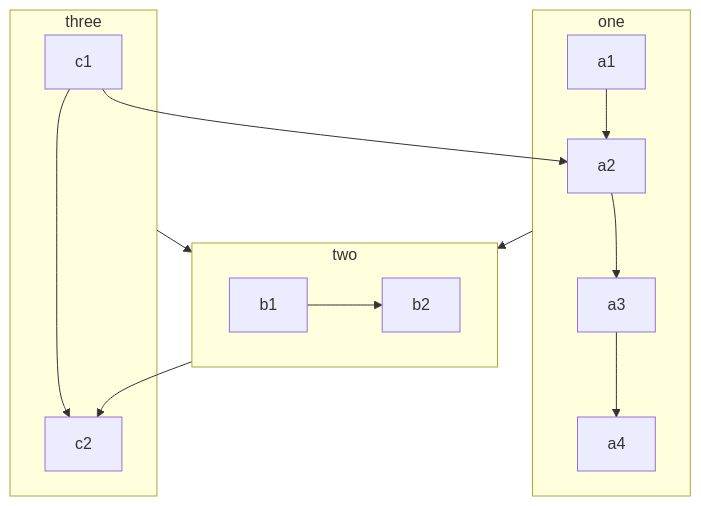
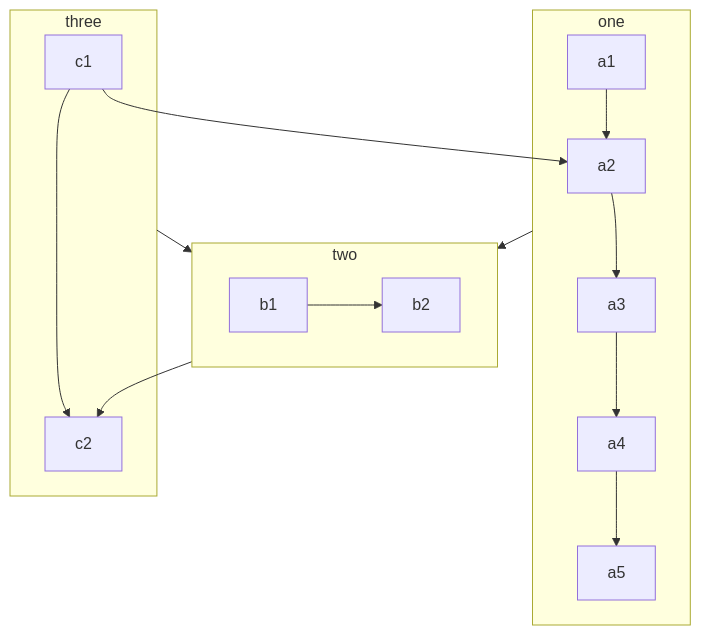
The diagram in flowchart.mmd (rhoenkelevra/pre_commit), drawn with Mermaid before and after one commit. The commit also changed 1 other file, not shown here.

Commit message:
added new item to chart3

```diff
--- a/flowchart.mmd
+++ b/flowchart.mmd
@@ -1,16 +1,17 @@
 flowchart TB
     c1-->a2
     subgraph one
     a1-->a2
     a2-->a3
     a3-->a4
+    a4-->a5
     end
     subgraph two
     b1-->b2
     end
     subgraph three
     c1-->c2
     end
     one --> two
     three --> two
     two --> c2
```
